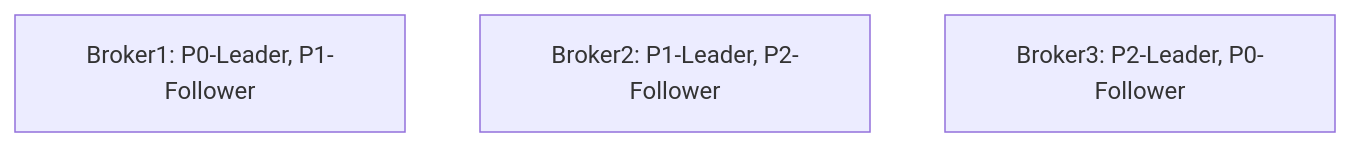
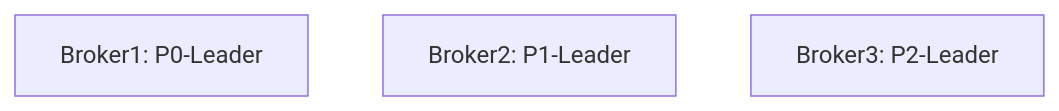
Before and after one commit to yjkim2015/yjkim2015.github.io: the second of 17 diagrams in _posts/kafka/2026-05-01-kafka-fundamentals.md, drawn with Mermaid. The commit also changed other lines of this file and 271 other files, not shown here.

First line of the commit message:
Mermaid 라벨 축소: 긴 노드 텍스트 18자 이하로 트림 + \n 제거

````diff
--- a/_posts/kafka/2026-05-01-kafka-fundamentals.md
+++ b/_posts/kafka/2026-05-01-kafka-fundamentals.md
@@ -63,6 +63,6 @@
 ```mermaid
 graph TD
-    B1["Broker1: P0-Leader, P1-Follower"]
-    B2["Broker2: P1-Leader, P2-Follower"]
-    B3["Broker3: P2-Leader, P0-Follower"]
+    B1["Broker1: P0-Leader"]
+    B2["Broker2: P1-Leader"]
+    B3["Broker3: P2-Leader"]
 ```
````
